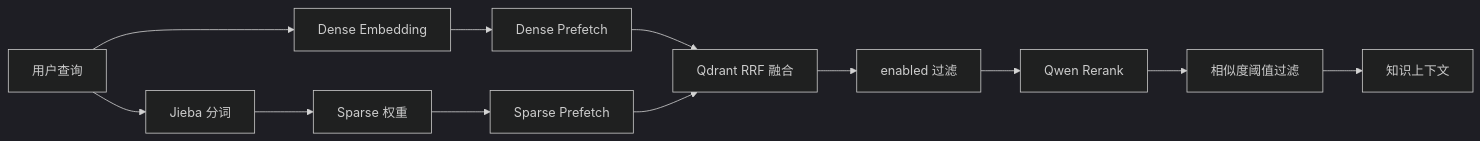
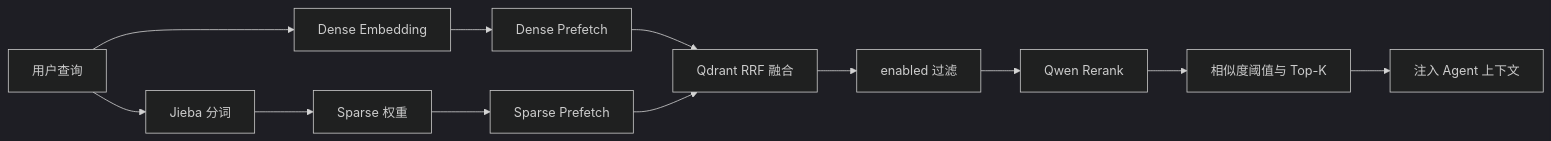
The second of 3 diagrams in README.md (NDAKJin/travel-agent), drawn with Mermaid (dark theme) before and after one commit. The commit also changed other lines of this file and 1102 other files, not shown here.

````diff
--- a/README.md
+++ b/README.md
@@ -134,15 +123,14 @@
 ```mermaid
 flowchart LR
-    query[用户查询]
-    query --> dense[Dense Embedding]
-    query --> tokenize[Jieba 分词]
-    tokenize --> sparse[Sparse 权重]
+    query[用户查询] --> dense[Dense Embedding]
+    query --> jieba[Jieba 分词]
+    jieba --> sparse[Sparse 权重]
     dense --> denseRecall[Dense Prefetch]
     sparse --> sparseRecall[Sparse Prefetch]
     denseRecall --> rrf[Qdrant RRF 融合]
     sparseRecall --> rrf
     rrf --> filter[enabled 过滤]
     filter --> rerank[Qwen Rerank]
-    rerank --> threshold[相似度阈值过滤]
-    threshold --> context[知识上下文]
+    rerank --> threshold[相似度阈值与 Top-K]
+    threshold --> context[注入 Agent 上下文]
 ```
````
